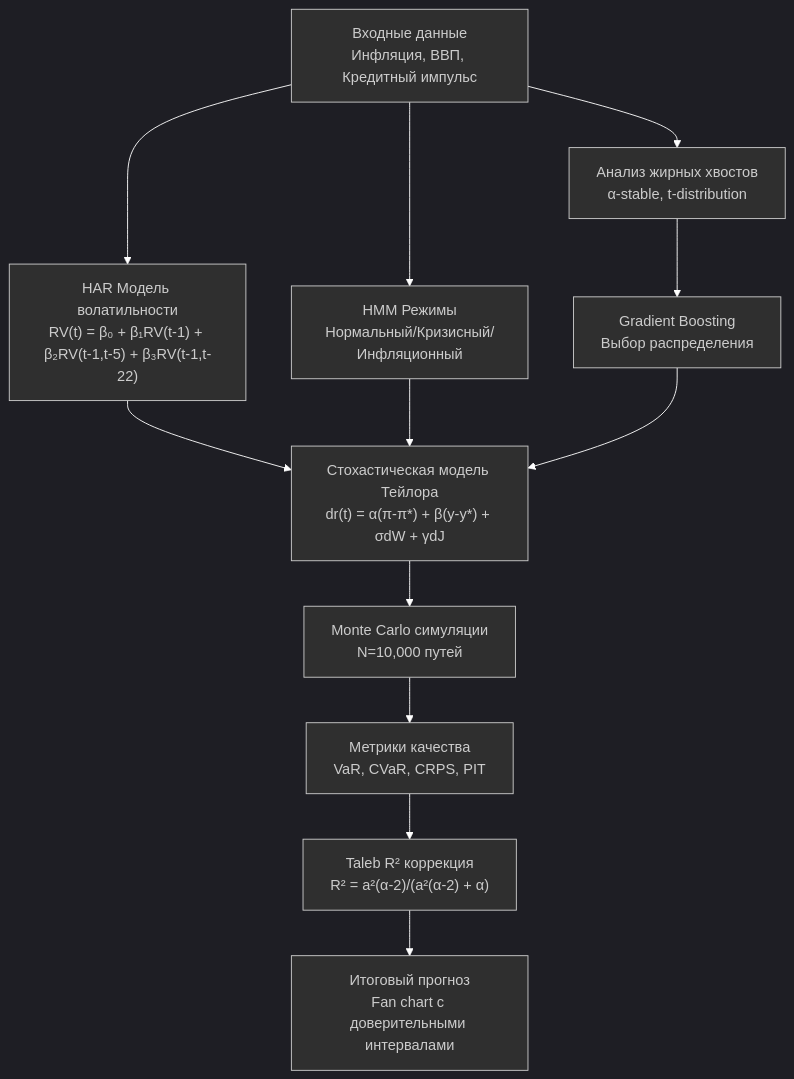
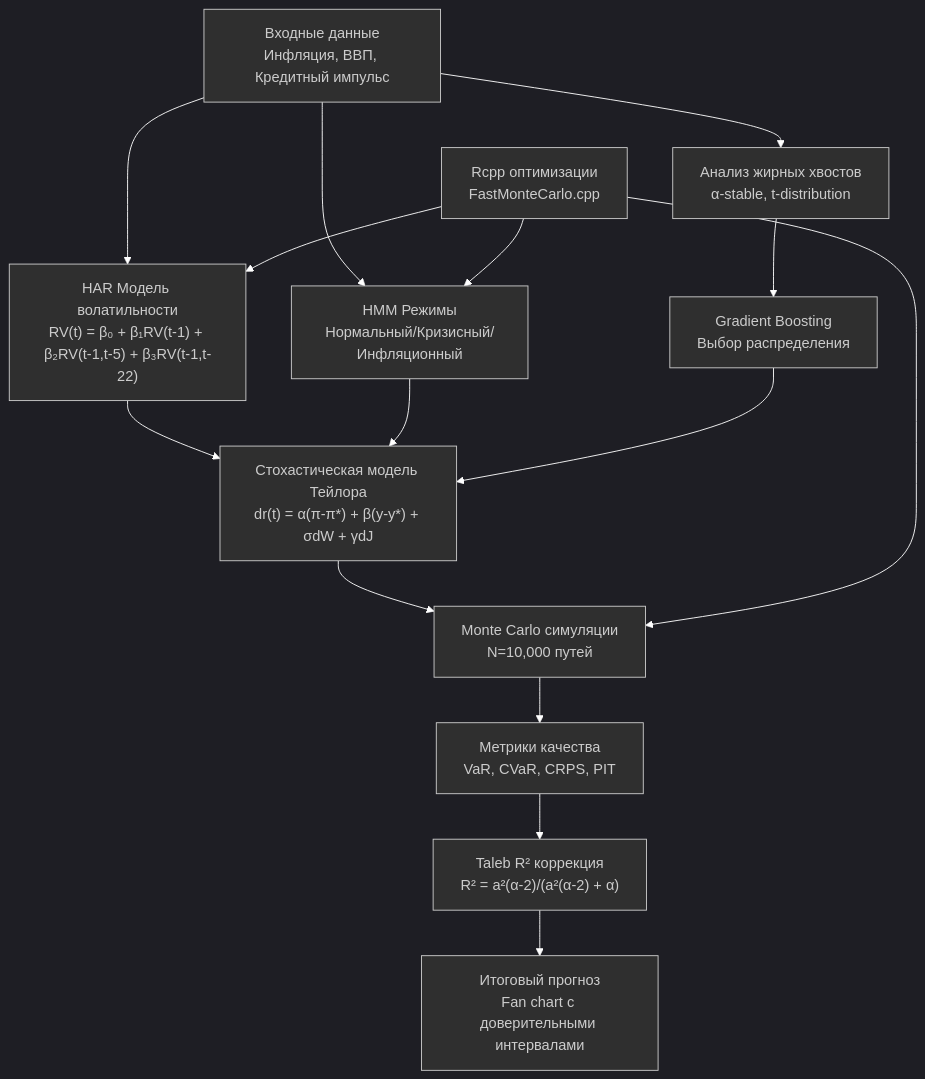
Before and after one commit to nikserbur/CBModelsStohastic: the first of 4 diagrams in README.md, drawn with Mermaid. The commit also changed other lines of this file, not shown here.

````diff
--- a/README.md
+++ b/README.md
@@ -39,18 +134,22 @@
 ```mermaid
 %%{init: {'theme':'dark', 'themeVariables': {'primaryColor': '#ff7f00', 'primaryTextColor': '#ffffff', 'primaryBorderColor': '#ff7f00', 'lineColor': '#ffffff', 'secondaryColor': '#1f1f1f', 'tertiaryColor': '#2f2f2f', 'background': '#1f1f1f', 'mainBkg': '#2f2f2f', 'secondBkg': '#3f3f3f', 'tertiaryBkg': '#4f4f4f'}}}%%
 graph TD
     A["Входные данные<br/>Инфляция, ВВП, Кредитный импульс"] --> B["Анализ жирных хвостов<br/>α-stable, t-distribution"]
     A --> C["HAR Модель волатильности<br/>RV(t) = β₀ + β₁RV(t-1) + β₂RV(t-1,t-5) + β₃RV(t-1,t-22)"]
     A --> D["HMM Режимы<br/>Нормальный/Кризисный/Инфляционный"]
     
     B --> E["Gradient Boosting<br/>Выбор распределения"]
     C --> F["Стохастическая модель Тейлора<br/>dr(t) = α(π-π*) + β(y-y*) + σdW + γdJ"]
     D --> F
     E --> F
     
     F --> G["Monte Carlo симуляции<br/>N=10,000 путей"]
     G --> H["Метрики качества<br/>VaR, CVaR, CRPS, PIT"]
     H --> I["Taleb R² коррекция<br/>R² = a²(α-2)/(a²(α-2) + α)"]
     
     I --> J["Итоговый прогноз<br/>Fan chart с доверительными интервалами"]
+    
+    K["Rcpp оптимизации<br/>FastMonteCarlo.cpp"] --> G
+    K --> C
+    K --> D
 ```
````
